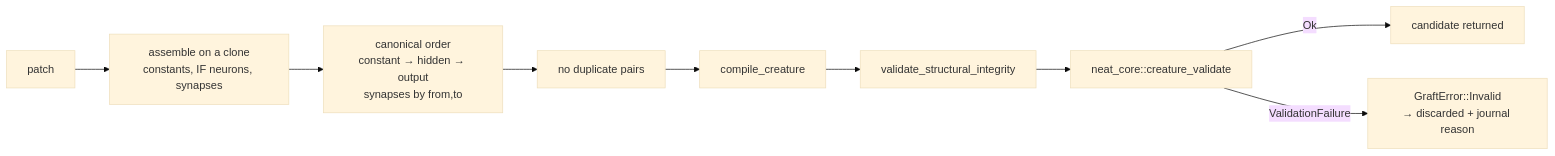
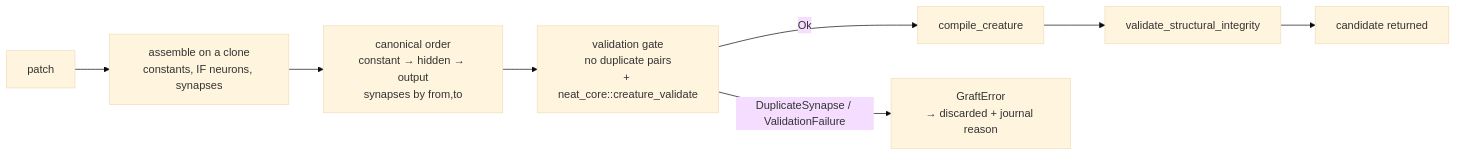
One commit to stSoftwareAU/NEAT-AI-Forests changed the second of 2 diagrams in docs/architecture.md. Above: the diagram before and after it, drawn with Mermaid (base theme). The commit also changed other lines of this file and 5 other files, not shown here.

Commit message:
Must generate valid creatures: duplicate-pair rule inside the validation gate, and two grafts that could not produce a valid creature (Issue #50) (#51)

````diff
--- a/docs/architecture.md
+++ b/docs/architecture.md
@@ -106,11 +115,10 @@
 ```mermaid
 flowchart LR
     P[patch] --> A[assemble on a clone<br/>constants, IF neurons, synapses]
     A --> O[canonical order<br/>constant → hidden → output<br/>synapses by from,to]
-    O --> D[no duplicate pairs]
-    D --> C[compile_creature]
+    O --> V[validation gate<br/>no duplicate pairs<br/>+ neat_core::creature_validate]
+    V -->|Ok| C[compile_creature]
     C --> S[validate_structural_integrity]
-    S --> V[neat_core::creature_validate]
-    V -->|Ok| K[candidate returned]
-    V -->|ValidationFailure| J[GraftError::Invalid<br/>→ discarded + journal reason]
+    S --> K[candidate returned]
+    V -->|DuplicateSynapse / ValidationFailure| J[GraftError<br/>→ discarded + journal reason]
 ```
````
